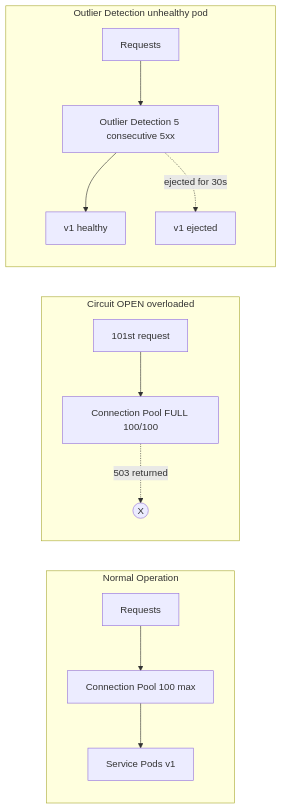
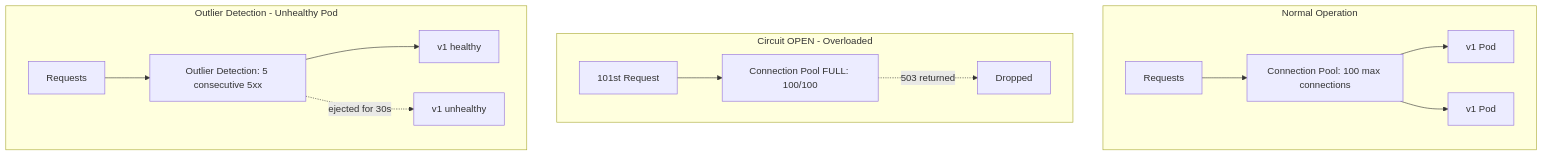
Before and after one commit to krisztiankoos/kubedojo: the third of 3 diagrams in src/content/docs/k8s/ica/module-1.2-istio-traffic-management.md, drawn with Mermaid. The commit also changed other lines of this file, not shown here.

````diff
--- a/src/content/docs/k8s/ica/module-1.2-istio-traffic-management.md
+++ b/src/content/docs/k8s/ica/module-1.2-istio-traffic-management.md
@@ -712,18 +693,17 @@
 ```mermaid
-flowchart LR
+flowchart TD
     subgraph Normal Operation
-        R1[Requests] --> C1[Connection Pool 100 max]
-        C1 --> S1[Service Pods v1]
+        R1[Requests] --> CP1[Connection Pool: 100 max connections]
+        CP1 --> V1A[v1 Pod]
+        CP1 --> V1B[v1 Pod]
     end
-    
-    subgraph Circuit OPEN overloaded
-        R2[101st request] --> C2[Connection Pool FULL 100/100]
-        C2 -.->|503 returned| X1((X))
+    subgraph Circuit OPEN - Overloaded
+        R2[101st Request] --> CP2[Connection Pool FULL: 100/100]
+        CP2 -.->|503 returned| Drop[Dropped]
     end
-    
-    subgraph Outlier Detection unhealthy pod
-        R3[Requests] --> O1[Outlier Detection 5 consecutive 5xx]
-        O1 --> H1[v1 healthy]
-        O1 -.->|ejected for 30s| U1[v1 ejected]
+    subgraph Outlier Detection - Unhealthy Pod
+        R3[Requests] --> OD[Outlier Detection: 5 consecutive 5xx]
+        OD --> V1C[v1 healthy]
+        OD -.->|ejected for 30s| V1D[v1 unhealthy]
     end
 ```
````
